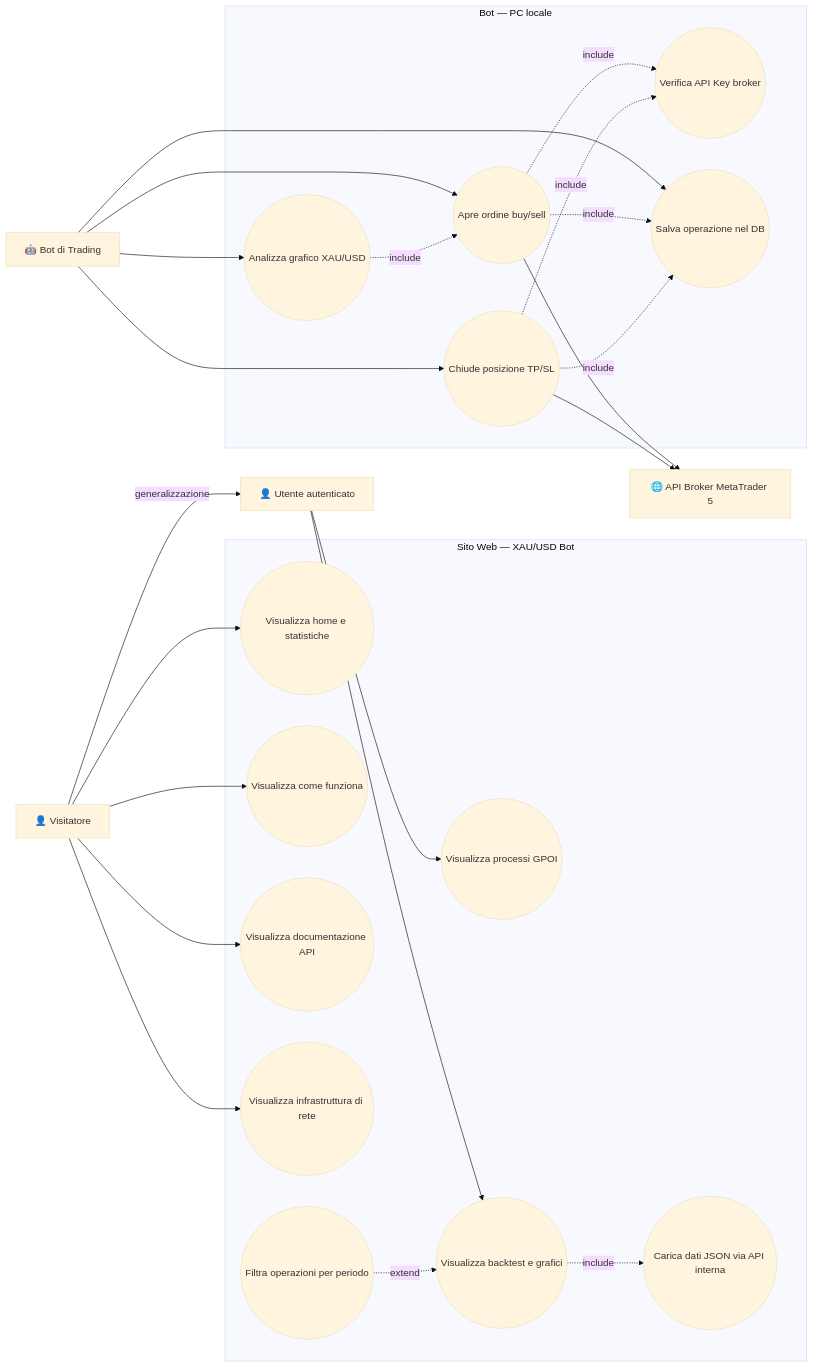
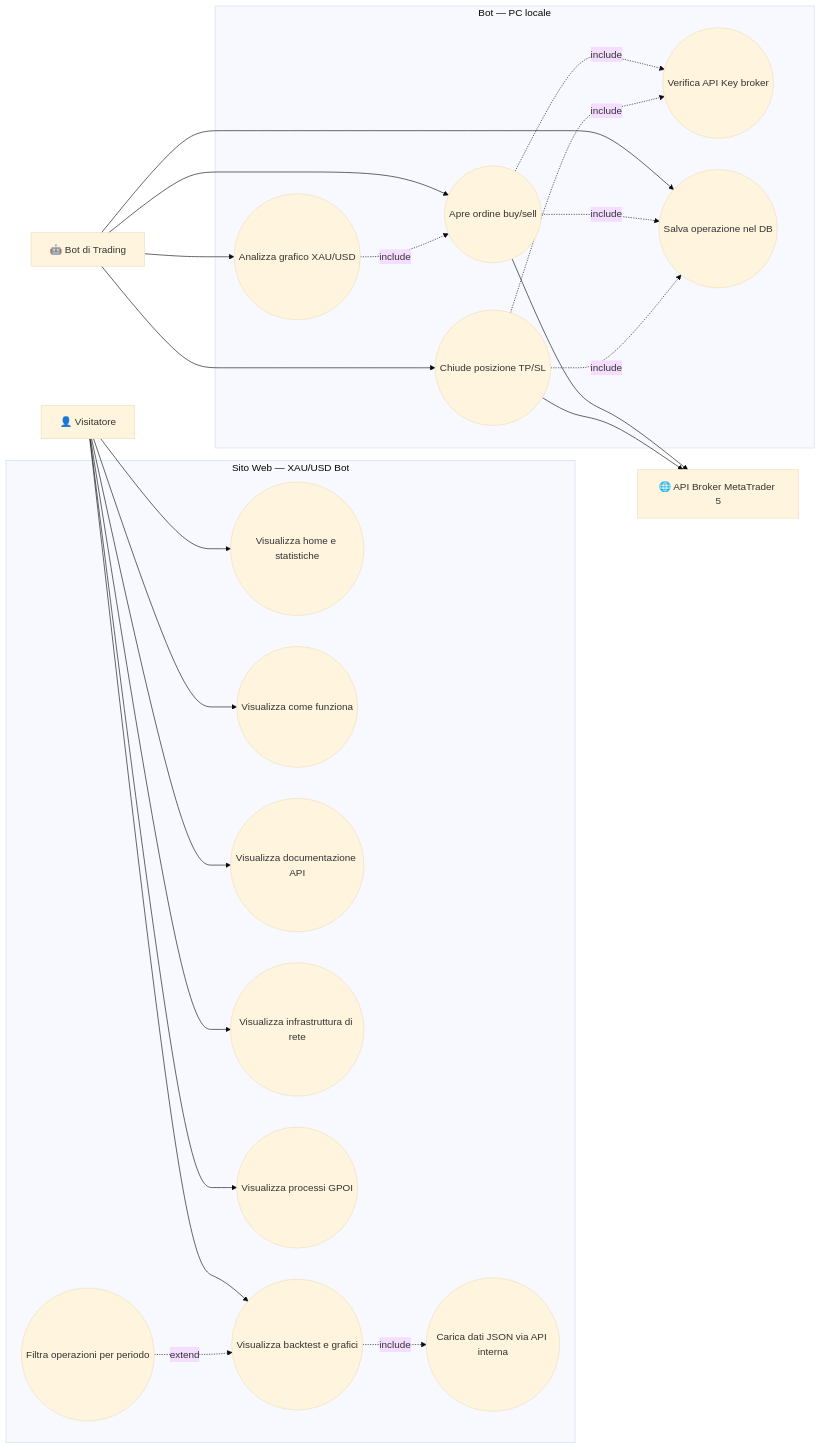
One commit to RomeoDangelosante/Progetto-Finale changed the first of 2 diagrams in README.md. Above: the diagram before and after it, drawn with Mermaid (base theme).

Commit message:
Update flowchart in README.md for user interactions
Removed generalization between visitor and authenticated user, and updated flowchart connections for visitor interactions.

````diff
--- a/README.md
+++ b/README.md
@@ -180,68 +180,62 @@
 ```mermaid
 flowchart LR
 
     %% Attori
     V["👤 Visitatore"]
-    U["👤 Utente autenticato"]
     B["🤖 Bot di Trading"]
     API["🌐 API Broker MetaTrader 5"]
 
     %% Sistema principale: sito web
     subgraph Sito["Sito Web — XAU/USD Bot"]
 
         UC1(("Visualizza home e statistiche"))
         UC2(("Visualizza come funziona"))
         UC3(("Visualizza documentazione API"))
         UC4(("Visualizza infrastruttura di rete"))
         UC5(("Visualizza processi GPOI"))
         UC6(("Visualizza backtest e grafici"))
         UC7(("Carica dati JSON via API interna"))
         UC8(("Filtra operazioni per periodo"))
 
     end
 
     %% Sistema: bot locale
     subgraph Bot["Bot — PC locale"]
 
         UC9(("Analizza grafico XAU/USD"))
         UC10(("Apre ordine buy/sell"))
         UC11(("Verifica API Key broker"))
         UC12(("Salva operazione nel DB"))
         UC13(("Chiude posizione TP/SL"))
 
     end
 
-    %% Generalizzazione attori
-    V -->|generalizzazione| U
-
-    %% Visitatore → sito
+    %% Visitatore → sito (tutte le pagine)
     V --> UC1
     V --> UC2
     V --> UC3
     V --> UC4
-
-    %% Utente → sito (funzioni aggiuntive)
-    U --> UC5
-    U --> UC6
+    V --> UC5
+    V --> UC6
 
     %% include e extend nel sito
     UC6 -.->|include| UC7
     UC8 -.->|extend| UC6
 
     %% Bot → bot system
     B --> UC9
     B --> UC10
     B --> UC12
     B --> UC13
 
     %% include nel bot
     UC9 -.->|include| UC10
     UC10 -.->|include| UC11
     UC10 -.->|include| UC12
     UC13 -.->|include| UC11
     UC13 -.->|include| UC12
 
     %% Bot → API esterna
     UC10 --> API
     UC13 --> API
 ```
````
